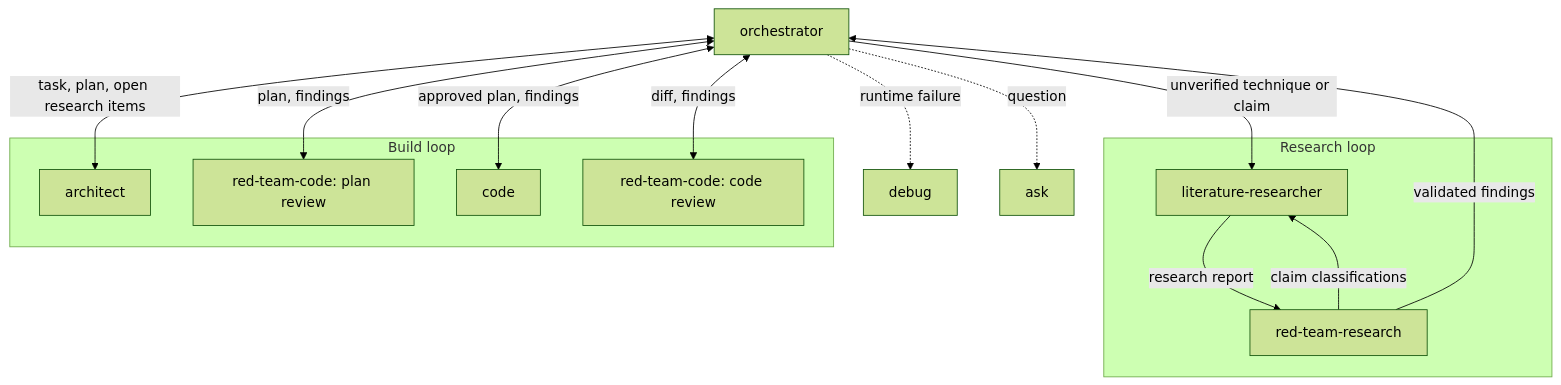
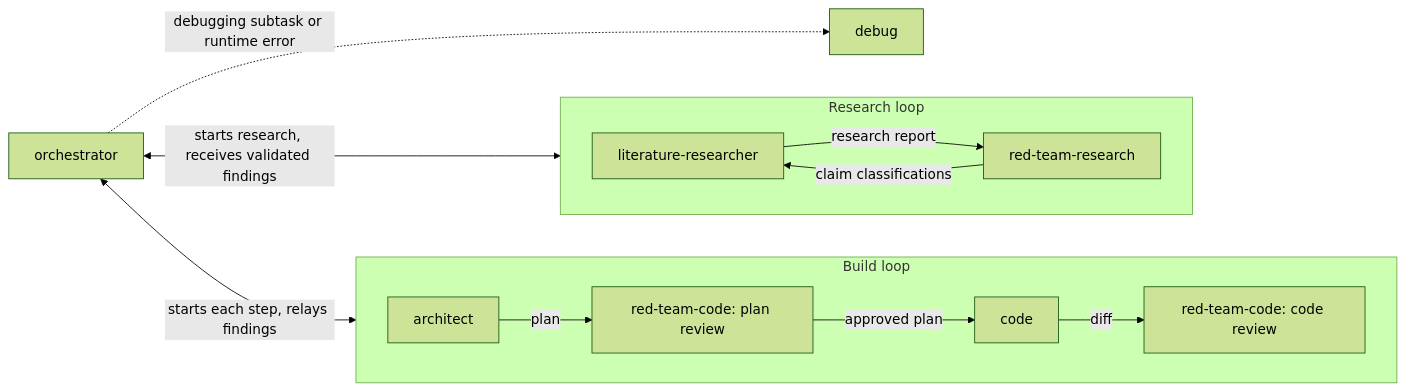
One commit to Sea-Meets-the-Stars/multi-agentic-setup changed the diagram in README.md. Above: the diagram before and after it, drawn with Mermaid (forest theme). The commit also changed other lines of this file and 8 other files, not shown here.

Commit message:
Clean up readme and diagram

````diff
--- a/README.md
+++ b/README.md
@@ -22,27 +20,27 @@
 ```mermaid
-flowchart TD
+flowchart LR
     O[orchestrator]
 
-    subgraph Research loop
+    subgraph RL[Research loop]
+        direction LR
         L[literature-researcher]
         RR[red-team-research]
         L -->|research report| RR
         RR -->|claim classifications| L
     end
 
-    subgraph Build loop
+    subgraph BL[Build loop]
+        direction LR
         A[architect]
         RP[red-team-code: plan review]
         C[code]
         RC[red-team-code: code review]
+        A -->|plan| RP
+        RP -->|approved plan| C
+        C -->|diff| RC
     end
 
-    O -->|unverified technique or claim| L
-    RR -->|validated findings| O
-    O <-->|task, plan, open research items| A
-    O <-->|plan, findings| RP
-    O <-->|approved plan, findings| C
-    O <-->|diff, findings| RC
-    O -.->|runtime failure| D[debug]
-    O -.->|question| Q[ask]
+    O <-->|starts research, receives validated findings| RL
+    O <-->|starts each step, relays findings| BL
+    O -.->|debugging subtask or runtime error| D[debug]
 ```
````
